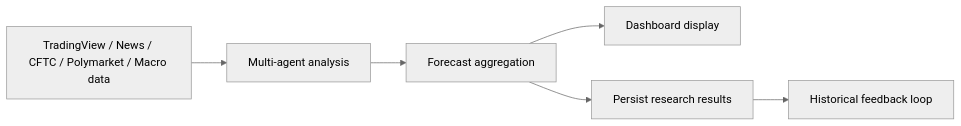
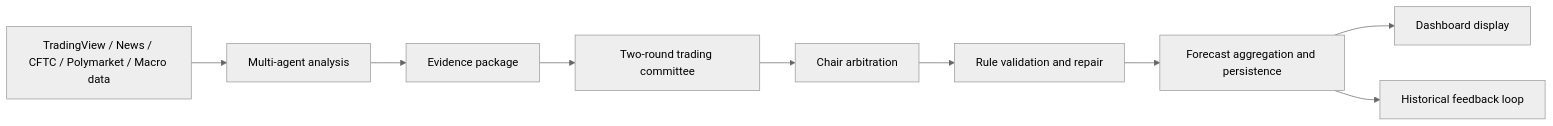
One commit to michael-chow-arch/goldfxgraph changed the diagram in README.md. Above: the diagram before and after it, drawn with Mermaid (neutral theme). The commit also changed other lines of this file and 46 other files, not shown here.

Commit message:
feat: archive trading committee prompt registry change

````diff
--- a/README.md
+++ b/README.md
@@ -75,8 +106,11 @@
 ```mermaid
 flowchart LR
   A[TradingView / News / CFTC / Polymarket / Macro data] --> B[Multi-agent analysis]
-  B --> C[Forecast aggregation]
-  C --> D[Dashboard display]
-  C --> E[Persist research results]
-  E --> F[Historical feedback loop]
+  B --> C[Evidence package]
+  C --> D[Two-round trading committee]
+  D --> E[Chair arbitration]
+  E --> F[Rule validation and repair]
+  F --> G[Forecast aggregation and persistence]
+  G --> H[Dashboard display]
+  G --> I[Historical feedback loop]
 ```
````
